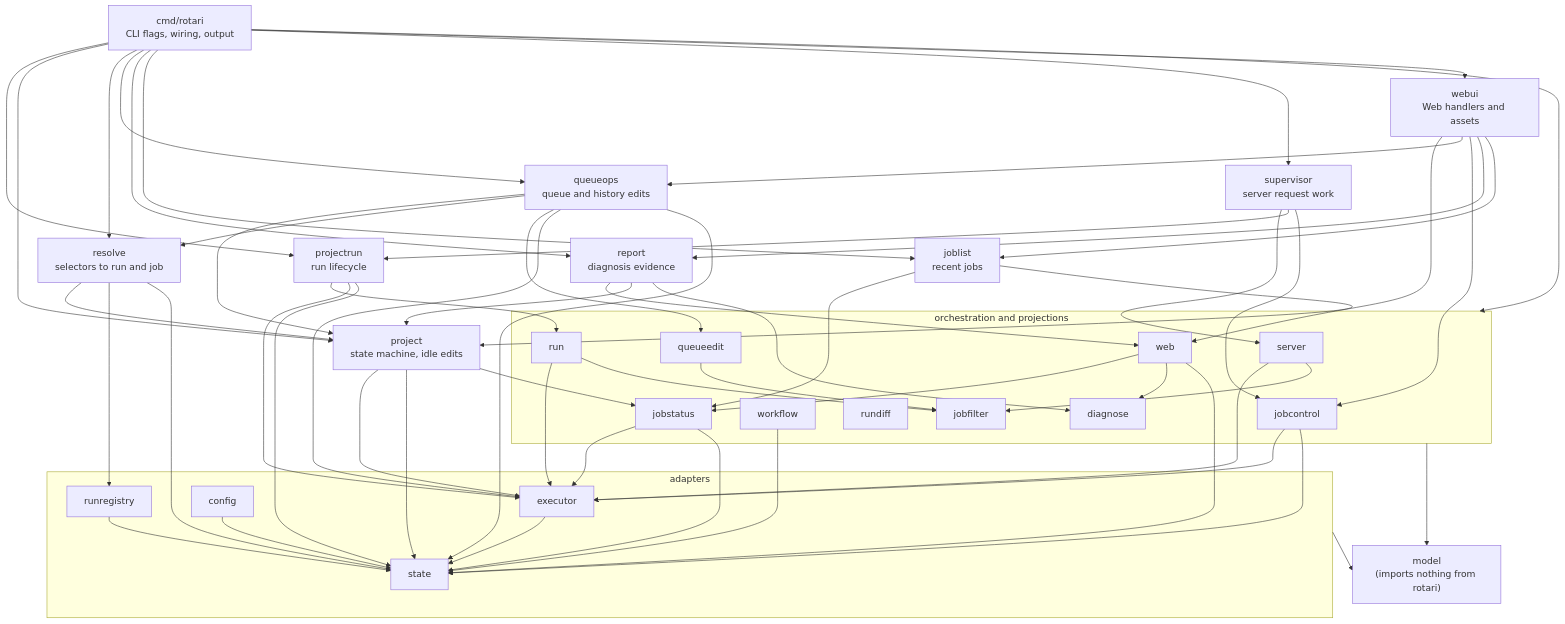
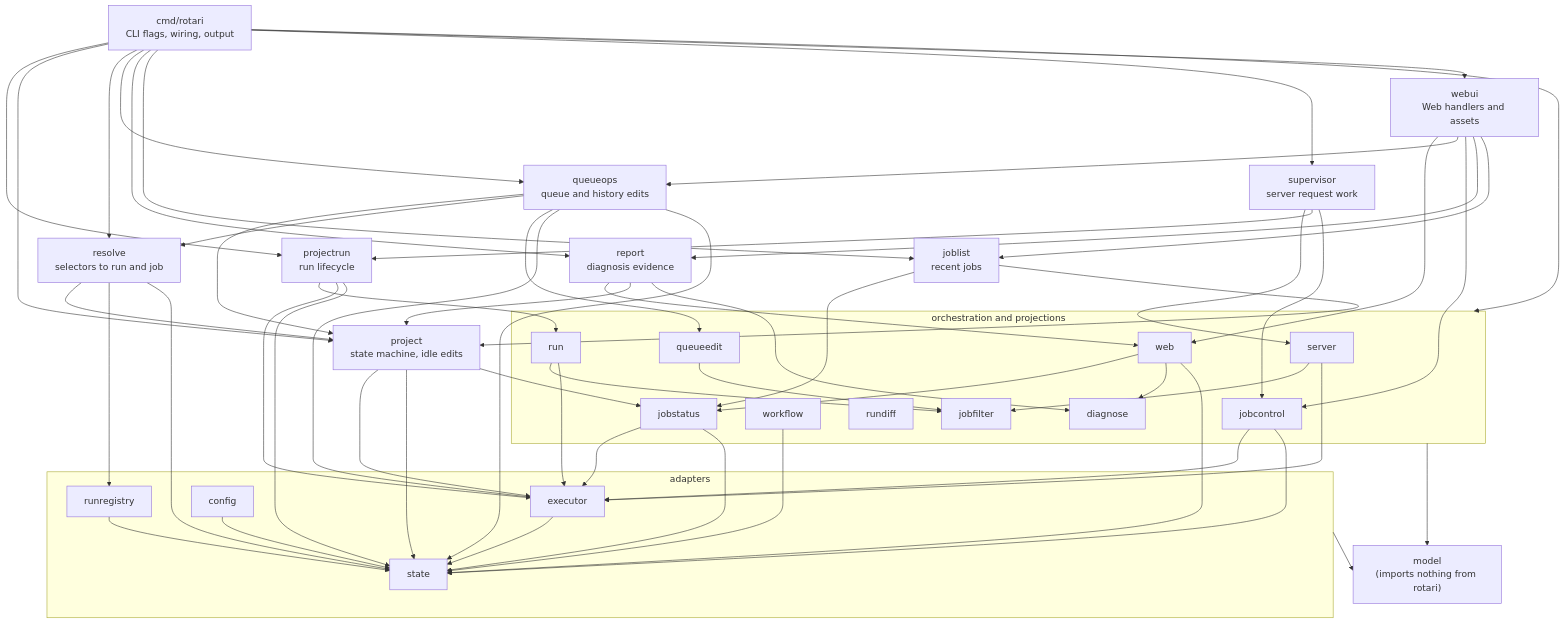
One commit to kamo-naoyuki/rotari changed the second of 2 diagrams in docs/ARCHITECTURE.md. Above: the diagram before and after it, drawn with Mermaid. The commit also changed other lines of this file and 38 other files, not shown here.

```diff
--- a/docs/ARCHITECTURE.md
+++ b/docs/ARCHITECTURE.md
@@ -117,7 +118,7 @@
     queueedit
     rundiff
     diagnose
-    jobfilter
+      jobfilter
   end
   subgraph l1["adapters"]
     executor
@@ -160,15 +161,15 @@
   project --> jobstatus
   project --> executor
   project --> state
+   run --> jobfilter
+   queueedit --> jobfilter
+   server --> jobfilter
   cmd --> l2
   projectrun --> run
   projectrun --> executor
   projectrun --> state
   server --> executor
   run --> executor
-  run --> jobfilter
-  queueedit --> jobfilter
-  server --> jobfilter
   jobcontrol --> executor
   jobcontrol --> state
   web --> jobstatus
```
